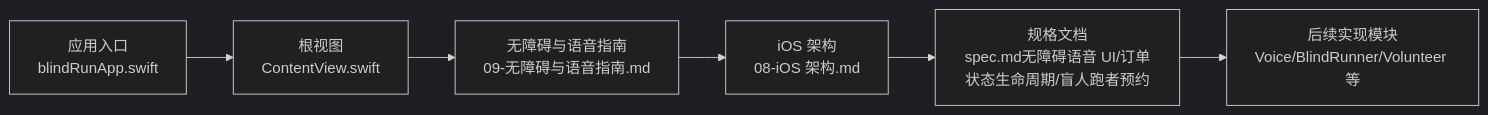
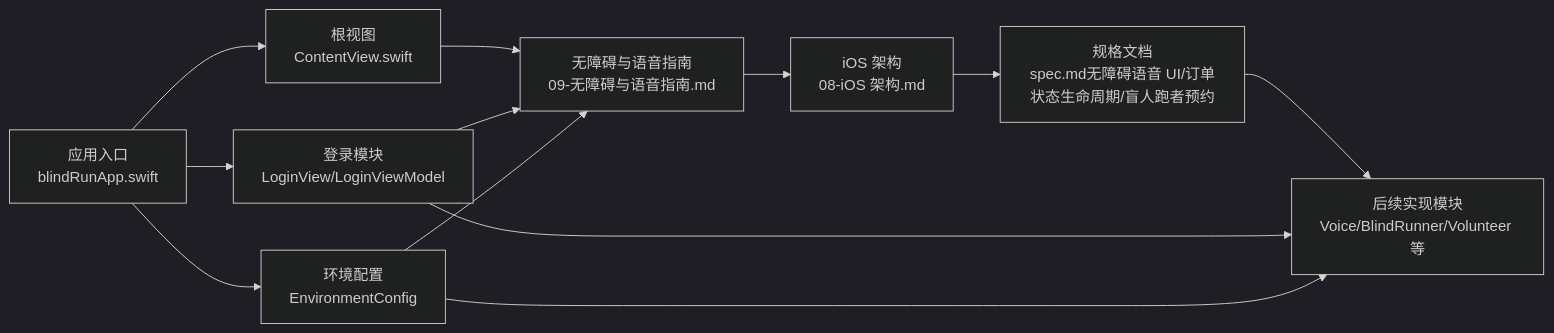
Before and after one commit to Jayden23018/blind-run-ios: the third of 3 diagrams in .qoder/repowiki/zh/content/核心功能模块/无障碍语音系统.md, drawn with Mermaid (dark theme). The commit also changed other lines of this file and 14 other files, not shown here.

Commit message:
Improve blind runner booking map and speech input flows

````diff
--- a/.qoder/repowiki/zh/content/核心功能模块/无障碍语音系统.md
+++ b/.qoder/repowiki/zh/content/核心功能模块/无障碍语音系统.md
@@ -234,8 +313,14 @@
 ```mermaid
 graph LR
 App["应用入口<br/>blindRunApp.swift"] --> View["根视图<br/>ContentView.swift"]
+App --> Login["登录模块<br/>LoginView/LoginViewModel"]
+App --> Env["环境配置<br/>EnvironmentConfig"]
 View --> Guide["无障碍与语音指南<br/>09-无障碍与语音指南.md"]
+Login --> Guide
+Env --> Guide
 Guide --> Arch["iOS 架构<br/>08-iOS 架构.md"]
 Arch --> Specs["规格文档<br/>spec.md无障碍语音 UI/订单状态生命周期/盲人跑者预约"]
 Specs --> Impl["后续实现模块<br/>Voice/BlindRunner/Volunteer 等"]
+Login --> Impl
+Env --> Impl
 ```
````
